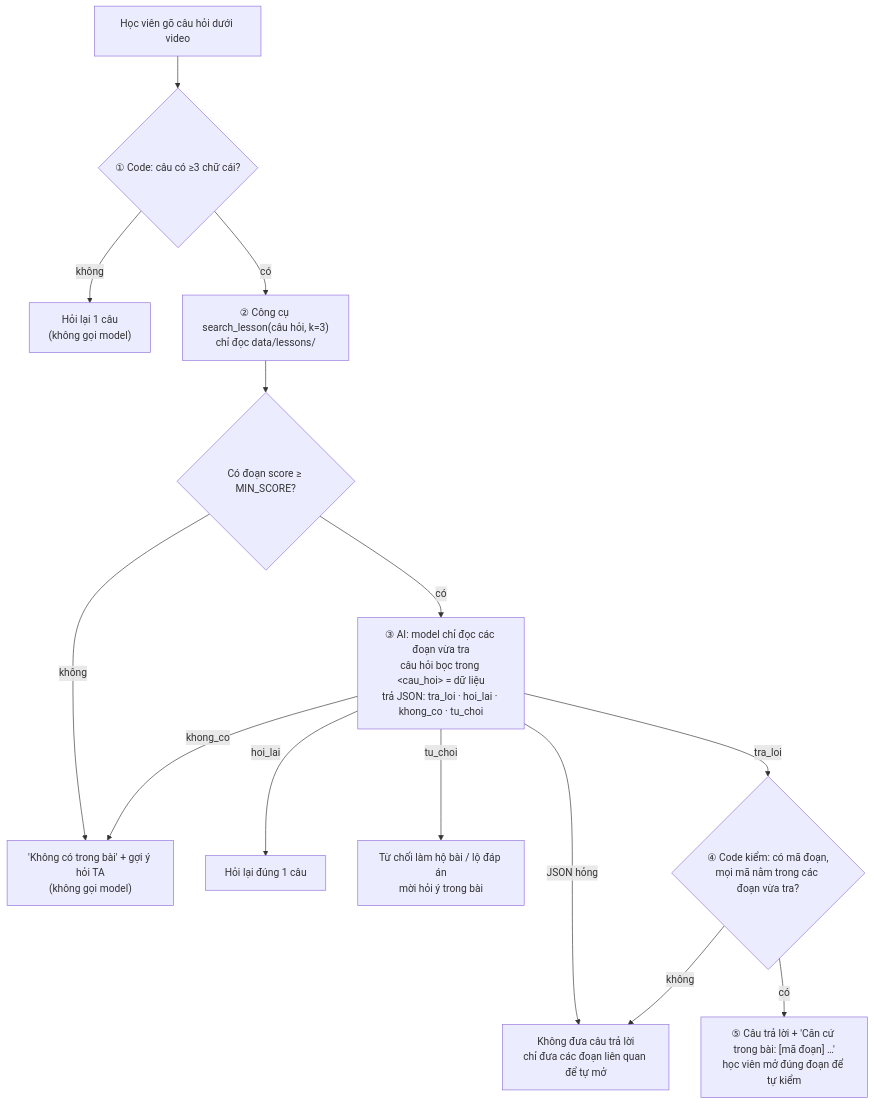
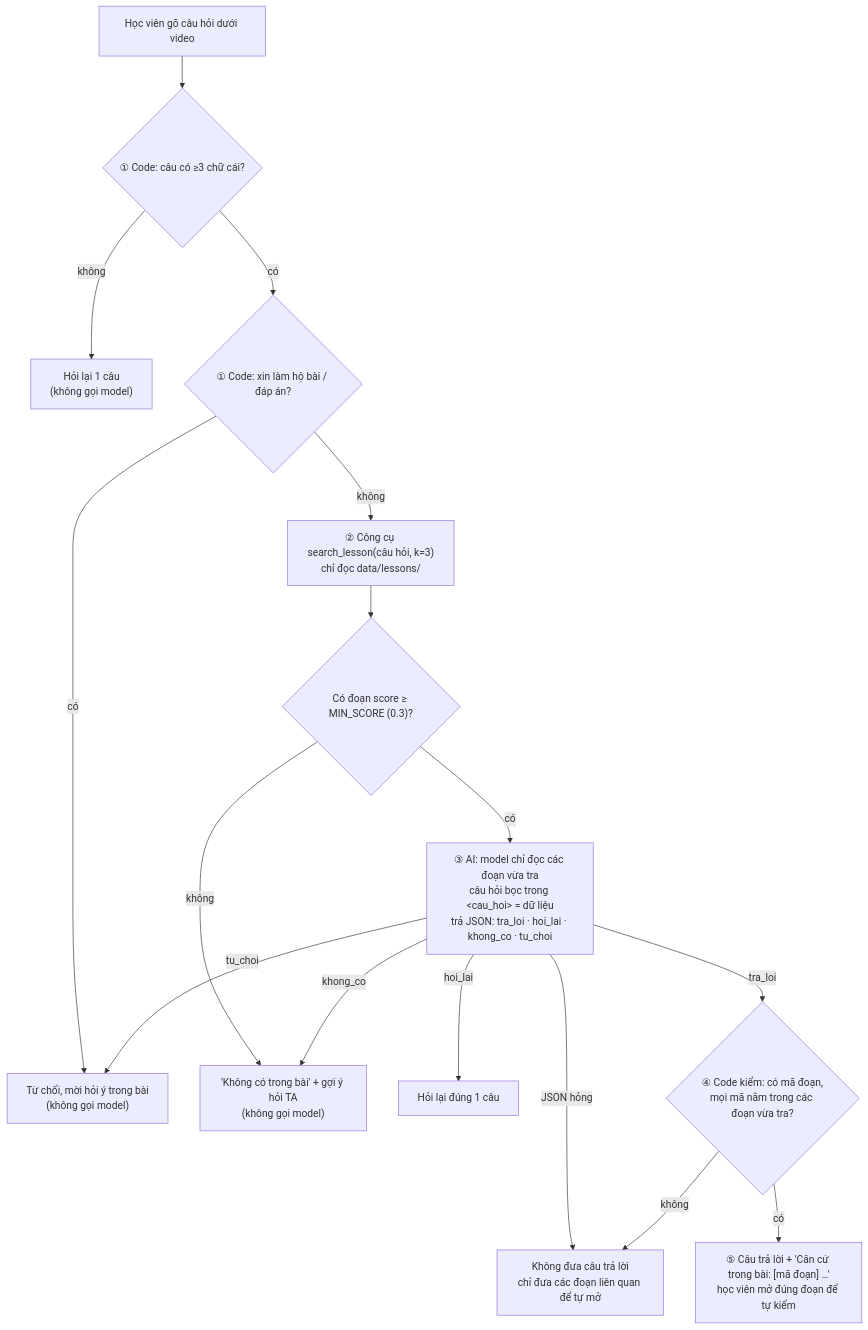
One commit to KumaMichio/K5-Day15-L3A-Probably-Functional changed the diagram in spec.md. Above: the diagram before and after it, drawn with Mermaid. The commit also changed other lines of this file and 1 other file, not shown here.

First line of the commit message:
codebase: chặn xin làm hộ bài ở bước ①, dùng ngưỡng của tools.py, bỏ công cụ giả (#11)

````diff
--- a/spec.md
+++ b/spec.md
@@ -49,16 +49,18 @@
   ```mermaid
   flowchart TD
       Q["Học viên gõ câu hỏi dưới video"] --> S1{"① Code: câu có ≥3 chữ cái?"}
       S1 -- không --> HL1["Hỏi lại 1 câu<br/>(không gọi model)"]
-      S1 -- có --> S2["② Công cụ search_lesson(câu hỏi, k=3)<br/>chỉ đọc data/lessons/"]
-      S2 --> T{"Có đoạn score ≥ MIN_SCORE?"}
+      S1 -- có --> H{"① Code: xin làm hộ bài / đáp án?"}
+      H -- có --> TC0["Từ chối, mời hỏi ý trong bài<br/>(không gọi model)"]
+      H -- không --> S2["② Công cụ search_lesson(câu hỏi, k=3)<br/>chỉ đọc data/lessons/"]
+      S2 --> T{"Có đoạn score ≥ MIN_SCORE (0.3)?"}
       T -- không --> KC1["'Không có trong bài' + gợi ý hỏi TA<br/>(không gọi model)"]
       T -- có --> M["③ AI: model chỉ đọc các đoạn vừa tra<br/>câu hỏi bọc trong &lt;cau_hoi&gt; = dữ liệu<br/>trả JSON: tra_loi · hoi_lai · khong_co · tu_choi"]
       M -- khong_co --> KC1
       M -- hoi_lai --> HL2["Hỏi lại đúng 1 câu"]
-      M -- tu_choi --> TC["Từ chối làm hộ bài / lộ đáp án<br/>mời hỏi ý trong bài"]
+      M -- tu_choi --> TC0
       M -- tra_loi --> V{"④ Code kiểm: có mã đoạn,<br/>mọi mã nằm trong các đoạn vừa tra?"}
       M -- "JSON hỏng" --> UN
       V -- không --> UN["Không đưa câu trả lời<br/>chỉ đưa các đoạn liên quan để tự mở"]
       V -- có --> OUT["⑤ Câu trả lời + 'Căn cứ trong bài: [mã đoạn] …'<br/>học viên mở đúng đoạn để tự kiểm"]
   ```
````
